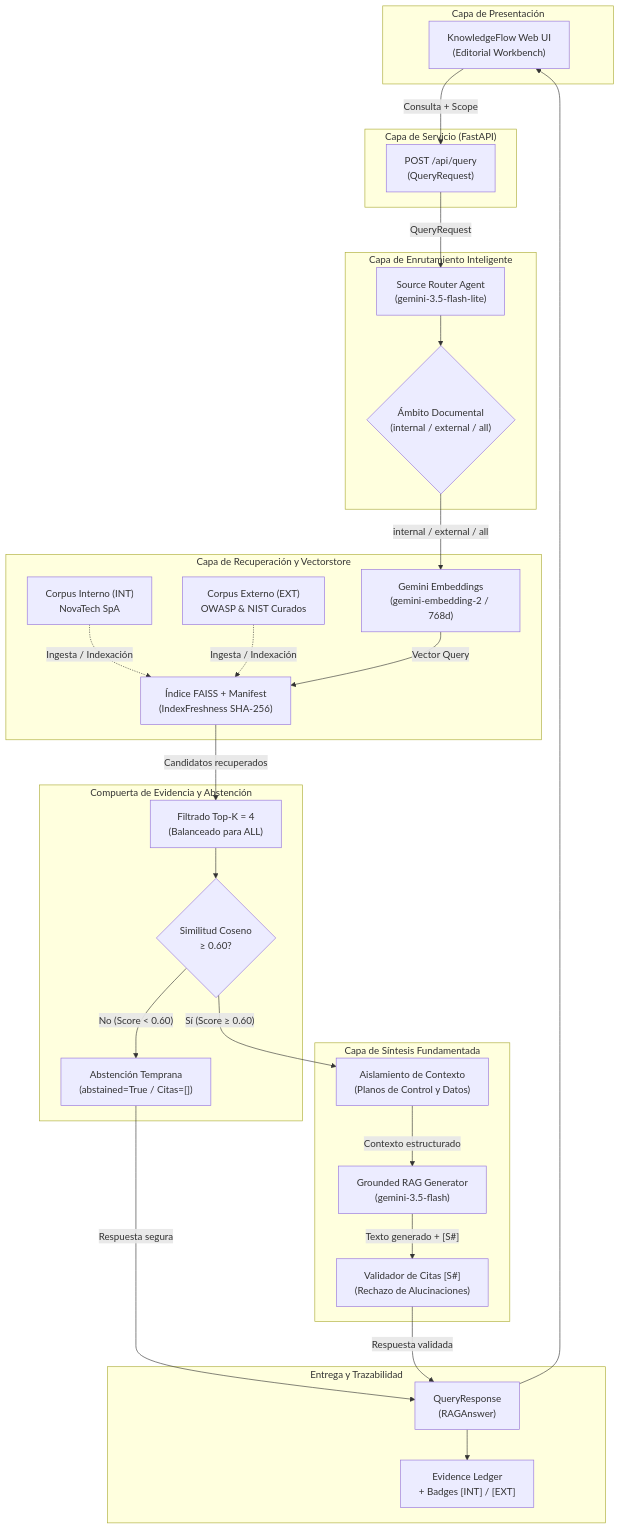
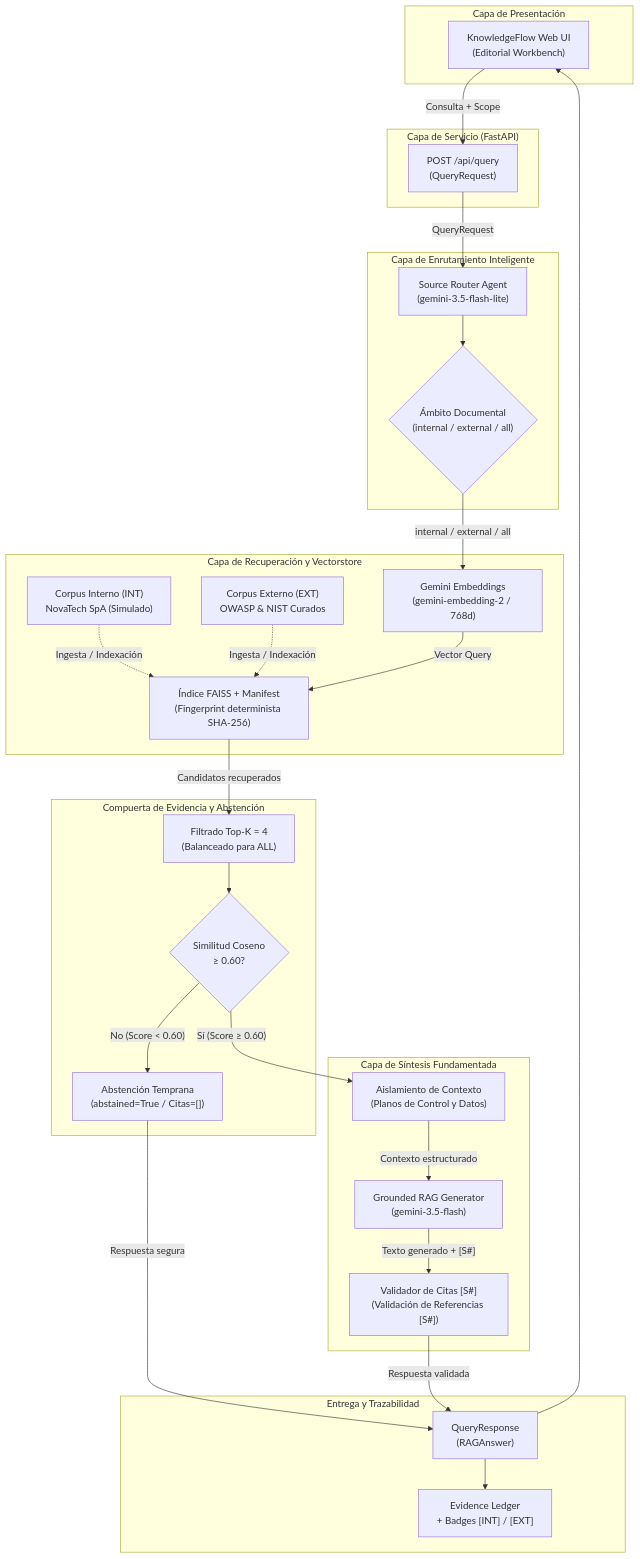
One commit to HikariLucy/Knowledge-RAG changed the diagram in docs/architecture/architecture.mmd. Above: the diagram before and after it, drawn with Mermaid. The commit also changed 7 other files, not shown here.

```diff
--- a/docs/architecture/architecture.mmd
+++ b/docs/architecture/architecture.mmd
@@ -1,59 +1,59 @@
 flowchart TD
     subgraph Client["Capa de Presentación"]
         UI["KnowledgeFlow Web UI<br/>(Editorial Workbench)"]
     end
 
     subgraph API["Capa de Servicio (FastAPI)"]
         Endpoint["POST /api/query<br/>(QueryRequest)"]
     end
 
     subgraph Routing["Capa de Enrutamiento Inteligente"]
         Router["Source Router Agent<br/>(gemini-3.5-flash-lite)"]
         Decision{"Ámbito Documental<br/>(internal / external / all)"}
     end
 
     subgraph Retrieval["Capa de Recuperación y Vectorstore"]
         Embedder["Gemini Embeddings<br/>(gemini-embedding-2 / 768d)"]
-        FAISS["Índice FAISS + Manifest<br/>(IndexFreshness SHA-256)"]
-        CorpusInt["Corpus Interno (INT)<br/>NovaTech SpA"]
+        FAISS["Índice FAISS + Manifest<br/>(Fingerprint determinista SHA-256)"]
+        CorpusInt["Corpus Interno (INT)<br/>NovaTech SpA (Simulado)"]
         CorpusExt["Corpus Externo (EXT)<br/>OWASP & NIST Curados"]
     end
 
     subgraph Filtering["Compuerta de Evidencia y Abstención"]
         Ranker["Filtrado Top-K = 4<br/>(Balanceado para ALL)"]
         Threshold{"Similitud Coseno<br/>≥ 0.60?"}
         Abstain["Abstención Temprana<br/>(abstained=True / Citas=[])"]
     end
 
     subgraph Generation["Capa de Síntesis Fundamentada"]
         ContextBuilder["Aislamiento de Contexto<br/>(Planos de Control y Datos)"]
         Generator["Grounded RAG Generator<br/>(gemini-3.5-flash)"]
-        CitationCheck["Validador de Citas [S#]<br/>(Rechazo de Alucinaciones)"]
+        CitationCheck["Validador de Citas [S#]<br/>(Validación de Referencias [S#])"]
     end
 
     subgraph Output["Entrega y Trazabilidad"]
         Contract["QueryResponse<br/>(RAGAnswer)"]
         Ledger["Evidence Ledger<br/>+ Badges [INT] / [EXT]"]
     end
 
     %% Flujos
     UI -->|"Consulta + Scope"| Endpoint
     Endpoint -->|"QueryRequest"| Router
     Router --> Decision
     Decision -->|"internal / external / all"| Embedder
     CorpusInt -.->|"Ingesta / Indexación"| FAISS
     CorpusExt -.->|"Ingesta / Indexación"| FAISS
     Embedder -->|"Vector Query"| FAISS
     FAISS -->|"Candidatos recuperados"| Ranker
     Ranker --> Threshold
 
     Threshold -->|"No (Score < 0.60)"| Abstain
     Threshold -->|"Sí (Score ≥ 0.60)"| ContextBuilder
 
     Abstain -->|"Respuesta segura"| Contract
     ContextBuilder -->|"Contexto estructurado"| Generator
     Generator -->|"Texto generado + [S#]"| CitationCheck
     CitationCheck -->|"Respuesta validada"| Contract
 
     Contract --> UI
     Contract --> Ledger
```
